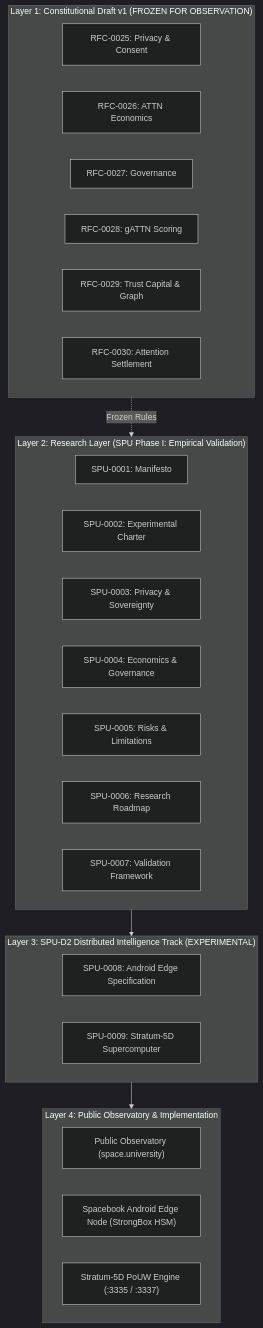
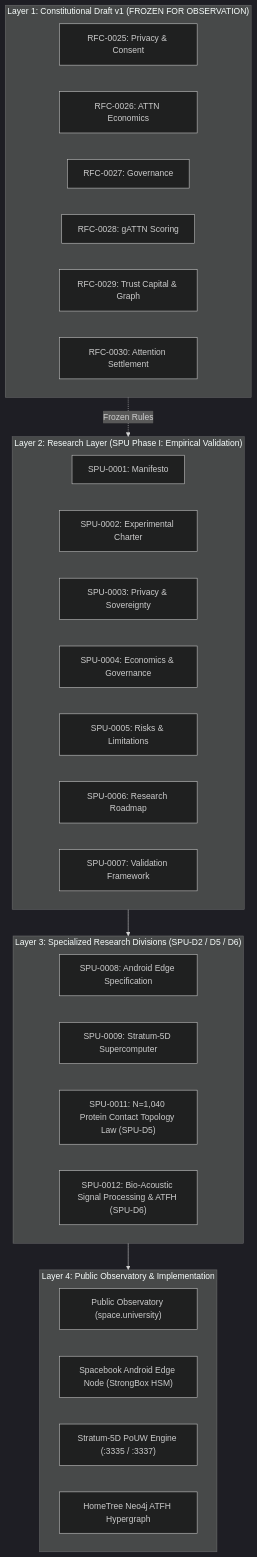
The diagram in README.md (thealanphipps-del/spacebook.university), drawn with Mermaid (dark theme) before and after one commit. The commit also changed other lines of this file and 3 other files, not shown here.

Commit message:
feat(spu-d5-d6): add Computational Biophysics (N=1040) and Bio-Acoustic Signal Processing divisions, hypotheses H-008..H-011, and SPU-0011/0012 specs

````diff
--- a/README.md
+++ b/README.md
@@ -15,36 +16,39 @@
 ```mermaid
 graph TD
     subgraph Layer1 ["Layer 1: Constitutional Draft v1 (FROZEN FOR OBSERVATION)"]
         RFC25["RFC-0025: Privacy & Consent"]
         RFC26["RFC-0026: ATTN Economics"]
         RFC27["RFC-0027: Governance"]
         RFC28["RFC-0028: gATTN Scoring"]
         RFC29["RFC-0029: Trust Capital & Graph"]
         RFC30["RFC-0030: Attention Settlement"]
     end
 
     subgraph Layer2 ["Layer 2: Research Layer (SPU Phase I: Empirical Validation)"]
         SPU1["SPU-0001: Manifesto"]
         SPU2["SPU-0002: Experimental Charter"]
         SPU3["SPU-0003: Privacy & Sovereignty"]
         SPU4["SPU-0004: Economics & Governance"]
         SPU5["SPU-0005: Risks & Limitations"]
         SPU6["SPU-0006: Research Roadmap"]
         SPU7["SPU-0007: Validation Framework"]
     end
 
-    subgraph Layer3 ["Layer 3: SPU-D2 Distributed Intelligence Track (EXPERIMENTAL)"]
+    subgraph Layer3 ["Layer 3: Specialized Research Divisions (SPU-D2 / D5 / D6)"]
         SPU8["SPU-0008: Android Edge Specification"]
         SPU9["SPU-0009: Stratum-5D Supercomputer"]
+        SPU11["SPU-0011: N=1,040 Protein Contact Topology Law (SPU-D5)"]
+        SPU12["SPU-0012: Bio-Acoustic Signal Processing & ATFH (SPU-D6)"]
     end
 
     subgraph Layer4 ["Layer 4: Public Observatory & Implementation"]
         OBS["Public Observatory (space.university)"]
         ANDROID["Spacebook Android Edge Node (StrongBox HSM)"]
         STRATUM["Stratum-5D PoUW Engine (:3335 / :3337)"]
+        ATFH["HomeTree Neo4j ATFH Hypergraph"]
     end
 
     Layer1 -.->|Frozen Rules| Layer2
     Layer2 --> Layer3
     Layer3 --> Layer4
 ```
````
